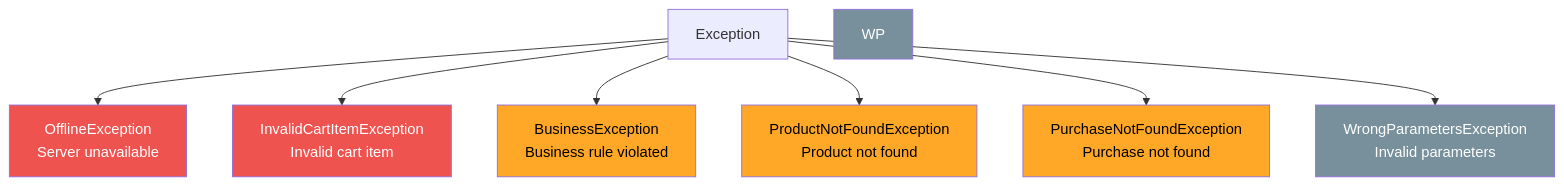
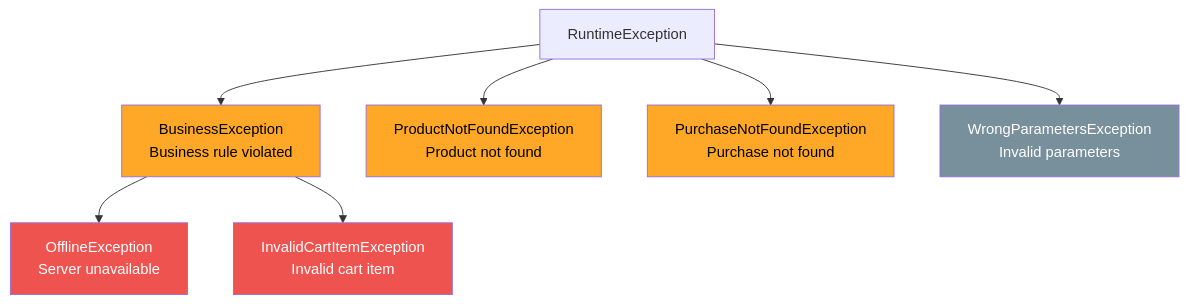
Before and after one commit to mrcdom/wdc-cube-kotlin: the eighth of 10 diagrams in docs/architecture.md, drawn with Mermaid. The commit also changed other lines of this file and 35 other files, not shown here.

````diff
--- a/docs/architecture.md
+++ b/docs/architecture.md
@@ -446,18 +448,17 @@
 ```mermaid
 graph TB
-    EX[Exception]
-    EX --> OE[OfflineException<br/>Server unavailable]
-    EX --> ICE[InvalidCartItemException<br/>Invalid cart item]
+    EX[RuntimeException]
     EX --> BE[BusinessException<br/>Business rule violated]
+    BE --> OE[OfflineException<br/>Server unavailable]
+    BE --> ICE[InvalidCartItemException<br/>Invalid cart item]
     EX --> PNF[ProductNotFoundException<br/>Product not found]
     EX --> PUNF[PurchaseNotFoundException<br/>Purchase not found]
     EX --> WPE[WrongParametersException<br/>Invalid parameters]
 
     style OE fill:#ef5350,color:#fff
     style ICE fill:#ef5350,color:#fff
     style BE fill:#ffa726,color:#000
     style PNF fill:#ffa726,color:#000
     style PUNF fill:#ffa726,color:#000
-    style WP fill:#78909c,color:#fff
     style WPE fill:#78909c,color:#fff
 ```
````
